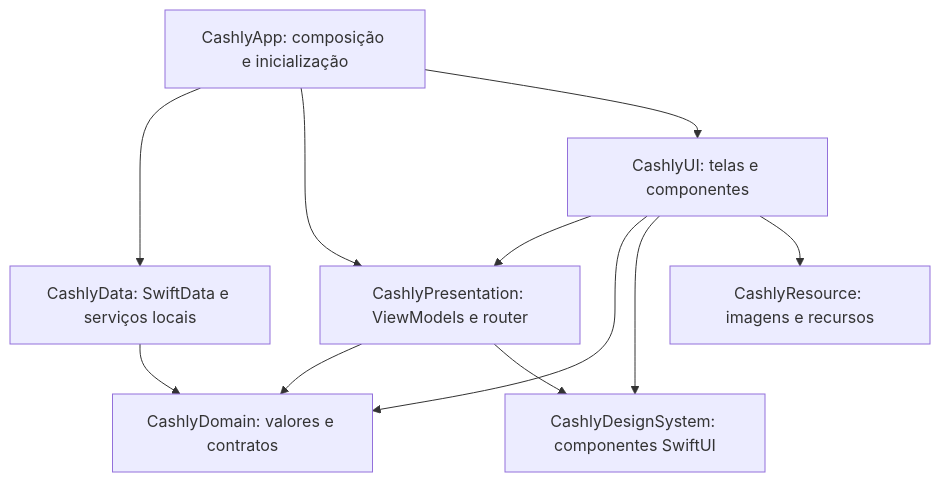
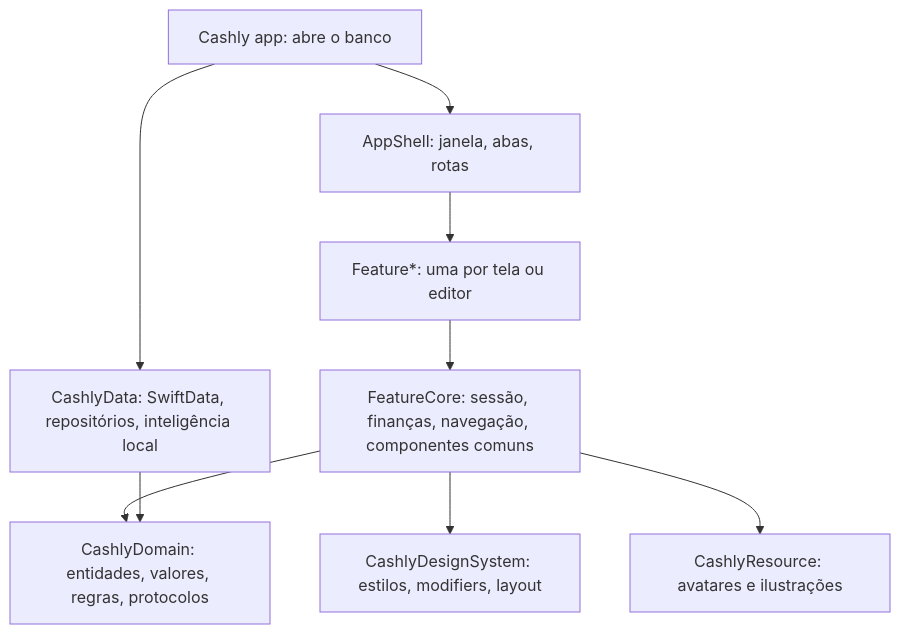
The diagram in docs/architecture.md (byescaleira/cashly), drawn with Mermaid before and after one commit. The commit also changed other lines of this file and 38 other files, not shown here.

````diff
--- a/docs/architecture.md
+++ b/docs/architecture.md
@@ -5,13 +9,11 @@
 ```mermaid
 flowchart TD
-    App[CashlyApp: composição e inicialização] --> Data[CashlyData: SwiftData e serviços locais]
-    App --> Presentation[CashlyPresentation: ViewModels e router]
-    App --> UI[CashlyUI: telas e componentes]
-    UI --> Presentation
-    UI --> Domain[CashlyDomain: valores e contratos]
-    UI --> Design[CashlyDesignSystem: componentes SwiftUI]
-    UI --> Resources[CashlyResource: imagens e recursos]
-    Presentation --> Domain
-    Presentation --> Design
+    App[Cashly app: abre o banco] --> Shell[AppShell: janela, abas, rotas]
+    Shell --> Features[Feature*: uma por tela ou editor]
+    Features --> Core[FeatureCore: sessão, finanças, navegação, componentes comuns]
+    Core --> Domain[CashlyDomain: entidades, valores, regras, protocolos]
+    Core --> DS[CashlyDesignSystem: estilos, modifiers, layout]
+    Core --> Resource[CashlyResource: avatares e ilustrações]
+    App --> Data[CashlyData: SwiftData, repositórios, inteligência local]
     Data --> Domain
 ```
````
